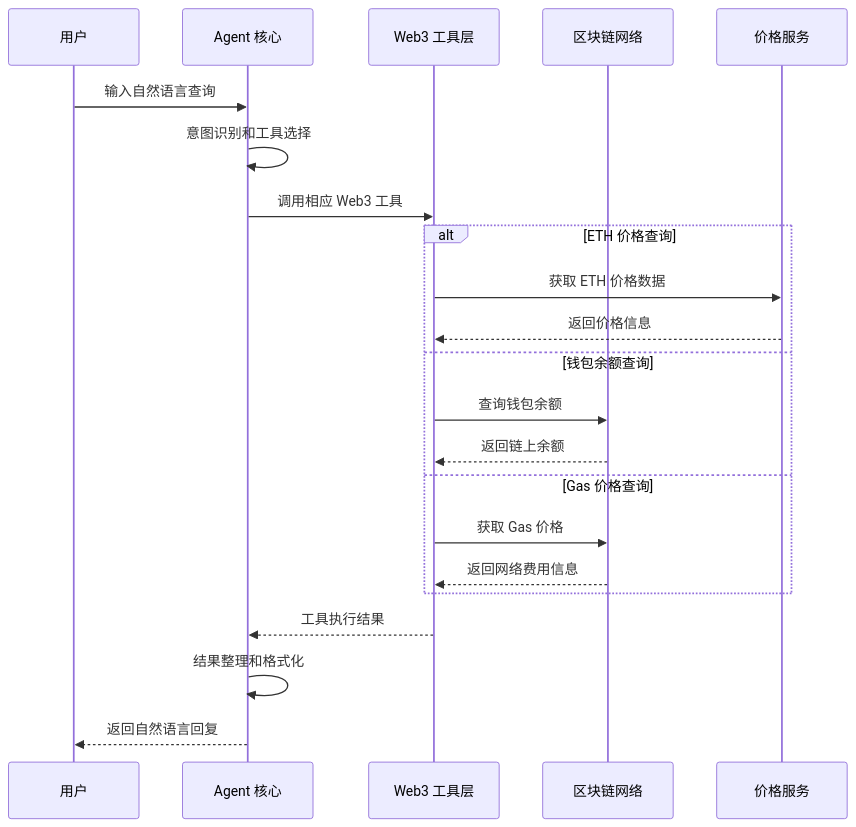
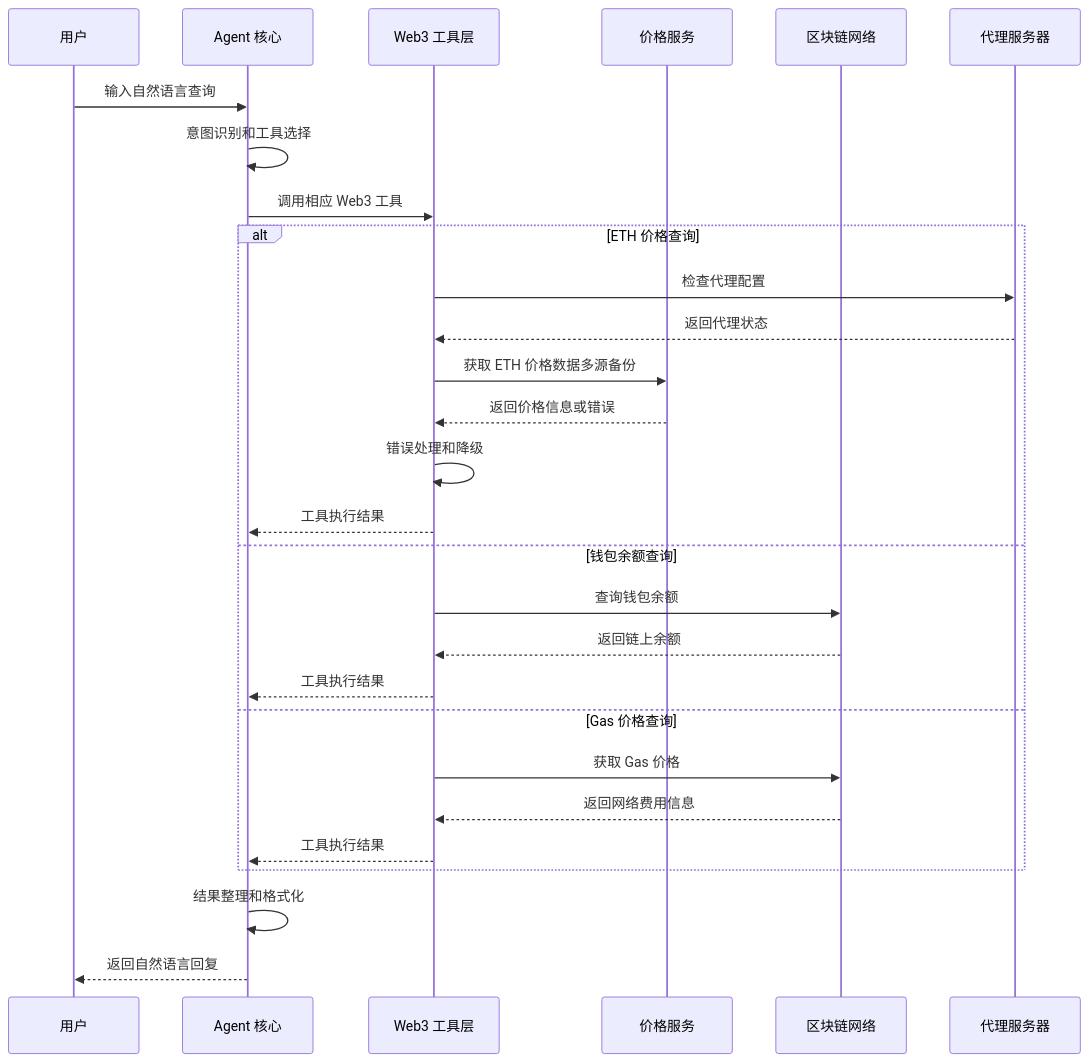
Before and after one commit to CryptoLinxu/Web3-AI-Agent: the second of 6 diagrams in .qoder/repowiki/zh/content/Web3工具集成/核心Web3工具实现/核心Web3工具实现.md, drawn with Mermaid. The commit also changed other lines of this file and 6 other files, not shown here.

````diff
--- a/.qoder/repowiki/zh/content/Web3工具集成/核心Web3工具实现/核心Web3工具实现.md
+++ b/.qoder/repowiki/zh/content/Web3工具集成/核心Web3工具实现/核心Web3工具实现.md
@@ -142,24 +119,30 @@
 ```mermaid
 sequenceDiagram
 participant User as 用户
 participant Agent as Agent 核心
 participant Tool as Web3 工具层
+participant Price as 价格服务
 participant Chain as 区块链网络
-participant Price as 价格服务
+participant Proxy as 代理服务器
 User->>Agent : 输入自然语言查询
 Agent->>Agent : 意图识别和工具选择
 Agent->>Tool : 调用相应 Web3 工具
 alt ETH 价格查询
-Tool->>Price : 获取 ETH 价格数据
-Price-->>Tool : 返回价格信息
+Tool->>Proxy : 检查代理配置
+Proxy-->>Tool : 返回代理状态
+Tool->>Price : 获取 ETH 价格数据多源备份
+Price-->>Tool : 返回价格信息或错误
+Tool->>Tool : 错误处理和降级
+Tool-->>Agent : 工具执行结果
 else 钱包余额查询
 Tool->>Chain : 查询钱包余额
 Chain-->>Tool : 返回链上余额
+Tool-->>Agent : 工具执行结果
 else Gas 价格查询
 Tool->>Chain : 获取 Gas 价格
 Chain-->>Tool : 返回网络费用信息
+Tool-->>Agent : 工具执行结果
 end
-Tool-->>Agent : 工具执行结果
 Agent->>Agent : 结果整理和格式化
 Agent-->>User : 返回自然语言回复
 ```
````
